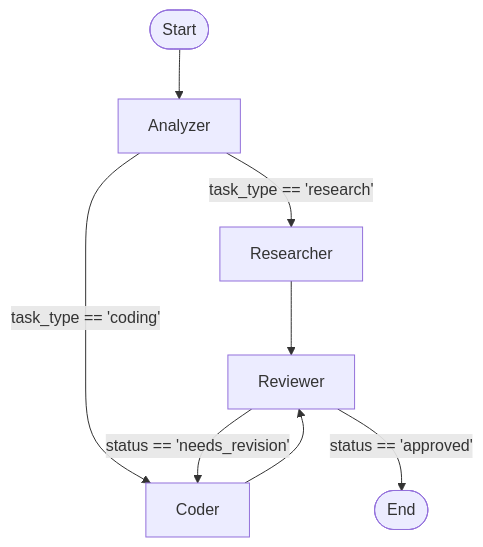
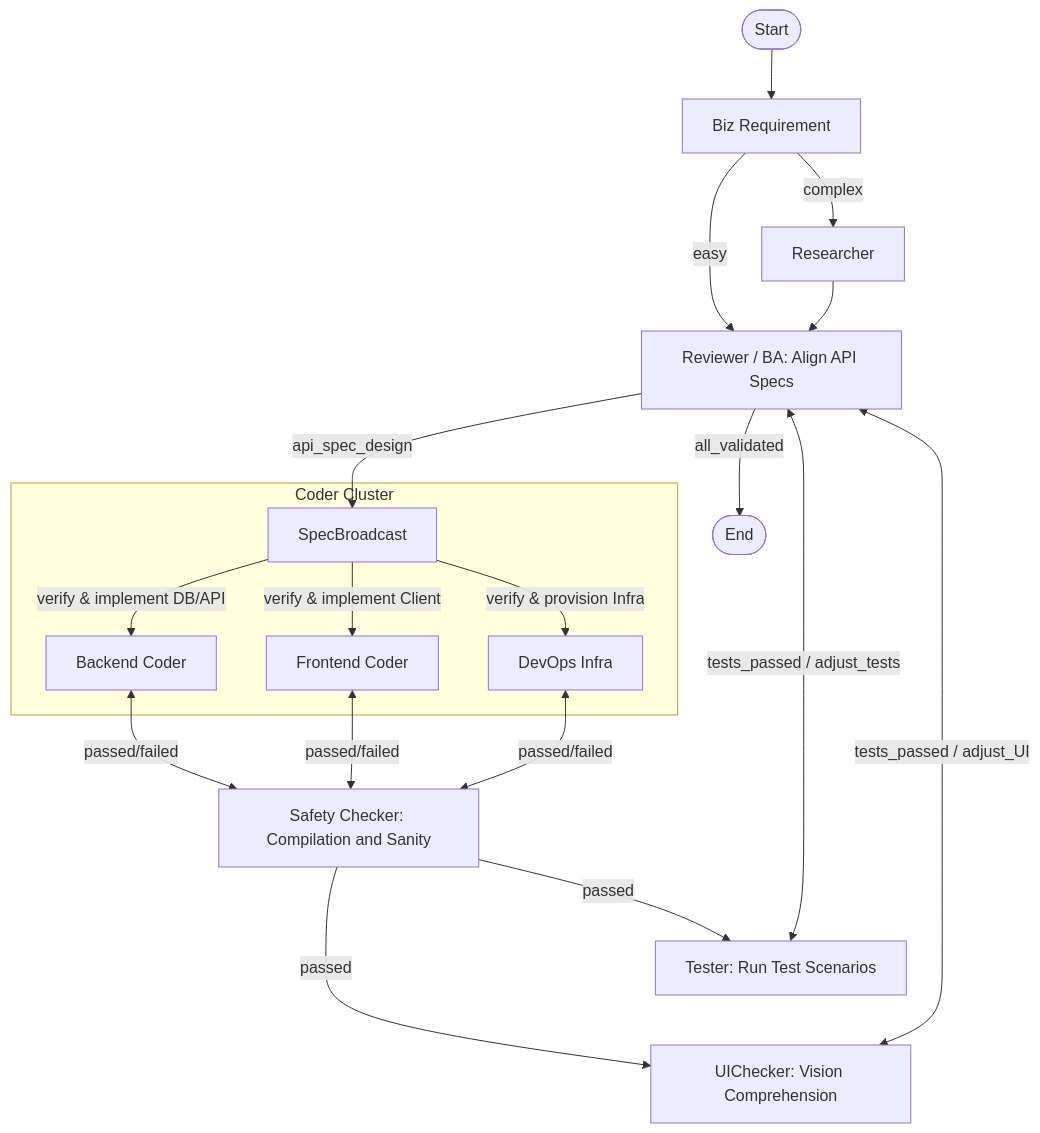
Before and after one commit to yuqiii-wang/blogs: the second of 2 diagrams in programming/python/ai/agent/agent.md, drawn with Mermaid. The commit also changed other lines of this file and 7 other files, not shown here.

Commit message:
Add foundational documents for AI development and enhance existing content with detailed explanations and diagrams

````diff
--- a/programming/python/ai/agent/agent.md
+++ b/programming/python/ai/agent/agent.md
@@ -28,13 +28,29 @@
 ```mermaid
 graph TD
-    Start([Start]) --> Analyzer[Analyzer]
+    Start([Start]) --> BizRequirement[Biz Requirement]
     
-    Analyzer -->|task_type == 'research'| Researcher[Researcher]
-    Analyzer -->|task_type == 'coding'| Coder[Coder]
+    BizRequirement -->|complex| Researcher[Researcher]
+    BizRequirement -->|easy| Reviewer[Reviewer / BA: Align API Specs]
+
+    subgraph Coder Cluster
+        SpecBroadcast -->|verify & implement DB/API| Backend[Backend Coder]
+        SpecBroadcast -->|verify & implement Client| Frontend[Frontend Coder]
+        SpecBroadcast -->|verify & provision Infra| DevOps[DevOps Infra]
+    end
     
-    Researcher --> Reviewer[Reviewer]
-    Coder --> Reviewer
+    Researcher --> Reviewer
+    Backend <-->|passed/failed| CodeSafety[Safety Checker: Compilation and Sanity]
+    Frontend <-->|passed/failed| CodeSafety
+    DevOps <-->|passed/failed| CodeSafety
     
-    Reviewer -->|status == 'needs_revision'| Coder
-    Reviewer -->|status == 'approved'| End([End])
+    CodeSafety -->|passed| Tester[Tester: Run Test Scenarios]
+    CodeSafety -->|passed| UIChecker[UIChecker: Vision Comprehension]
+    
+    Tester ~~~ UIChecker
+        
+    Tester <-->|tests_passed / adjust_tests| Reviewer
+    UIChecker <-->|tests_passed / adjust_UI| Reviewer
+    
+    Reviewer -->|api_spec_design| SpecBroadcast
+    Reviewer -->|all_validated| End([End])
 ```
````
